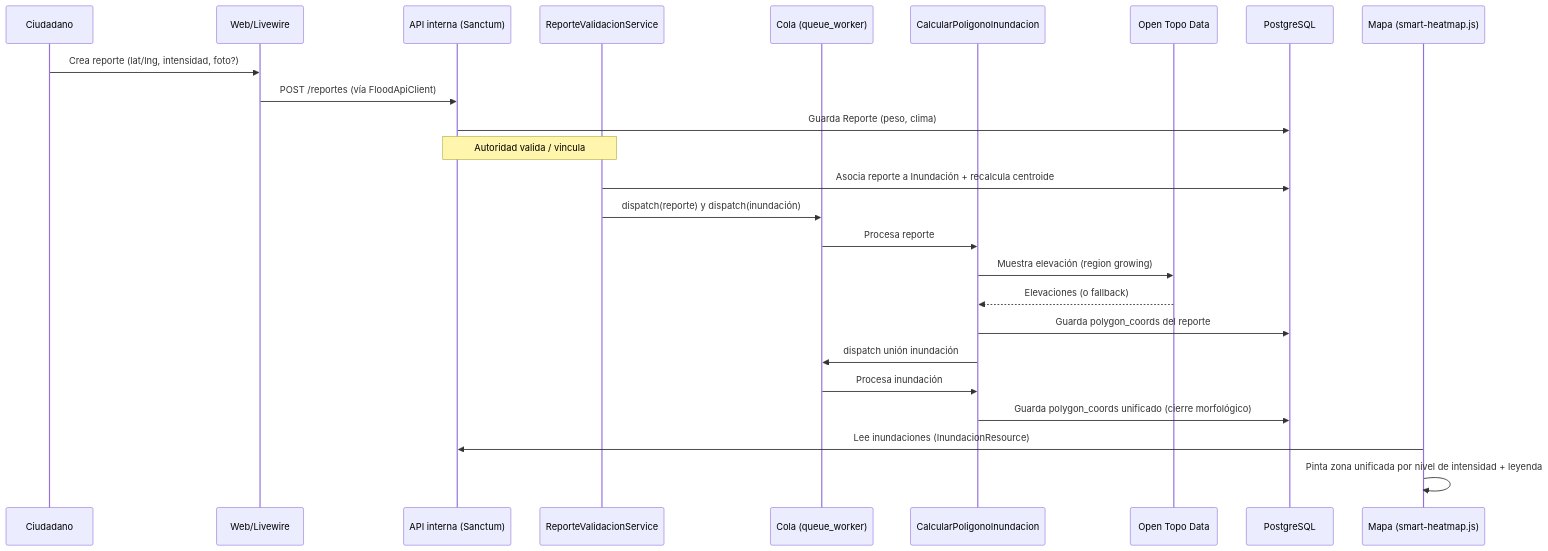
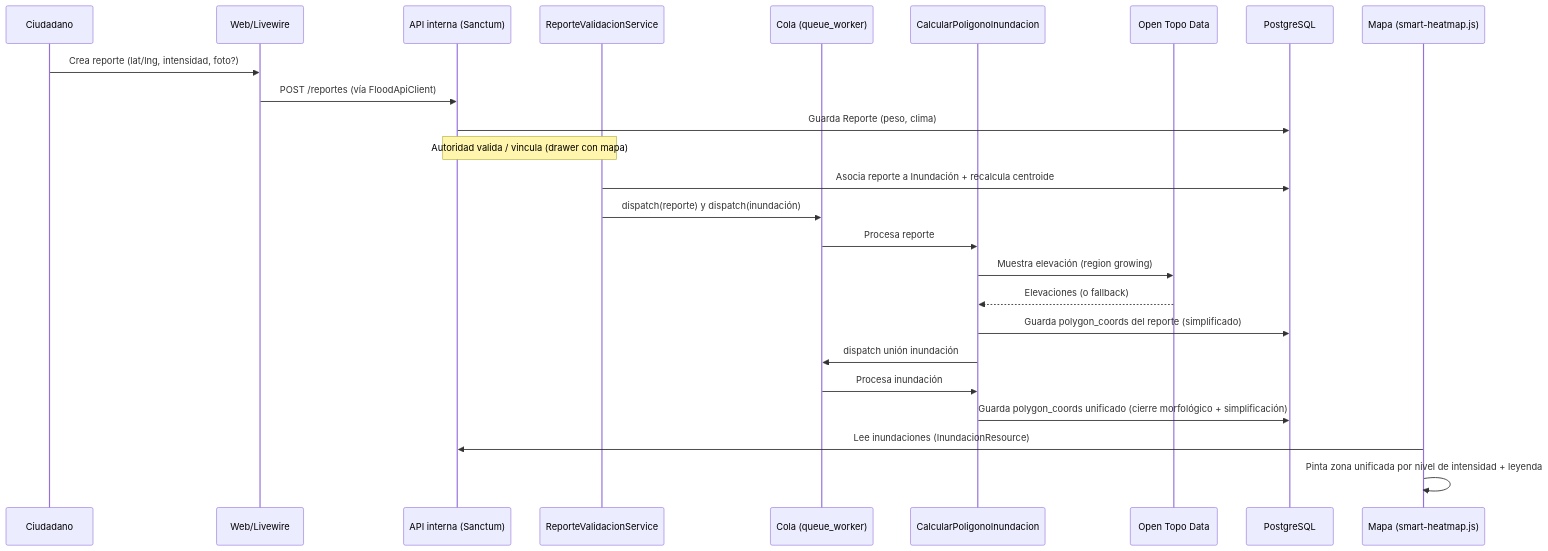
One commit to elingeyesdev/equipo04 changed the second of 2 diagrams in cosa web/chirper/SCD.md. Above: the diagram before and after it, drawn with Mermaid. The commit also changed other lines of this file and 2 other files, not shown here.

````diff
--- a/cosa web/chirper/SCD.md
+++ b/cosa web/chirper/SCD.md
@@ -168,28 +186,28 @@
 ```mermaid
 sequenceDiagram
     participant C as Ciudadano
     participant W as Web/Livewire
     participant API as API interna (Sanctum)
     participant V as ReporteValidacionService
     participant Q as Cola (queue_worker)
     participant J as CalcularPoligonoInundacion
     participant E as Open Topo Data
     participant DB as PostgreSQL
     participant M as Mapa (smart-heatmap.js)
 
     C->>W: Crea reporte (lat/lng, intensidad, foto?)
     W->>API: POST /reportes (vía FloodApiClient)
     API->>DB: Guarda Reporte (peso, clima)
-    Note over API,V: Autoridad valida / vincula
+    Note over API,V: Autoridad valida / vincula (drawer con mapa)
     V->>DB: Asocia reporte a Inundación + recalcula centroide
     V->>Q: dispatch(reporte) y dispatch(inundación)
     Q->>J: Procesa reporte
     J->>E: Muestra elevación (region growing)
     E-->>J: Elevaciones (o fallback)
-    J->>DB: Guarda polygon_coords del reporte
+    J->>DB: Guarda polygon_coords del reporte (simplificado)
     J->>Q: dispatch unión inundación
     Q->>J: Procesa inundación
-    J->>DB: Guarda polygon_coords unificado (cierre morfológico)
+    J->>DB: Guarda polygon_coords unificado (cierre morfológico + simplificación)
     M->>API: Lee inundaciones (InundacionResource)
     M->>M: Pinta zona unificada por nivel de intensidad + leyenda
 ```
````
